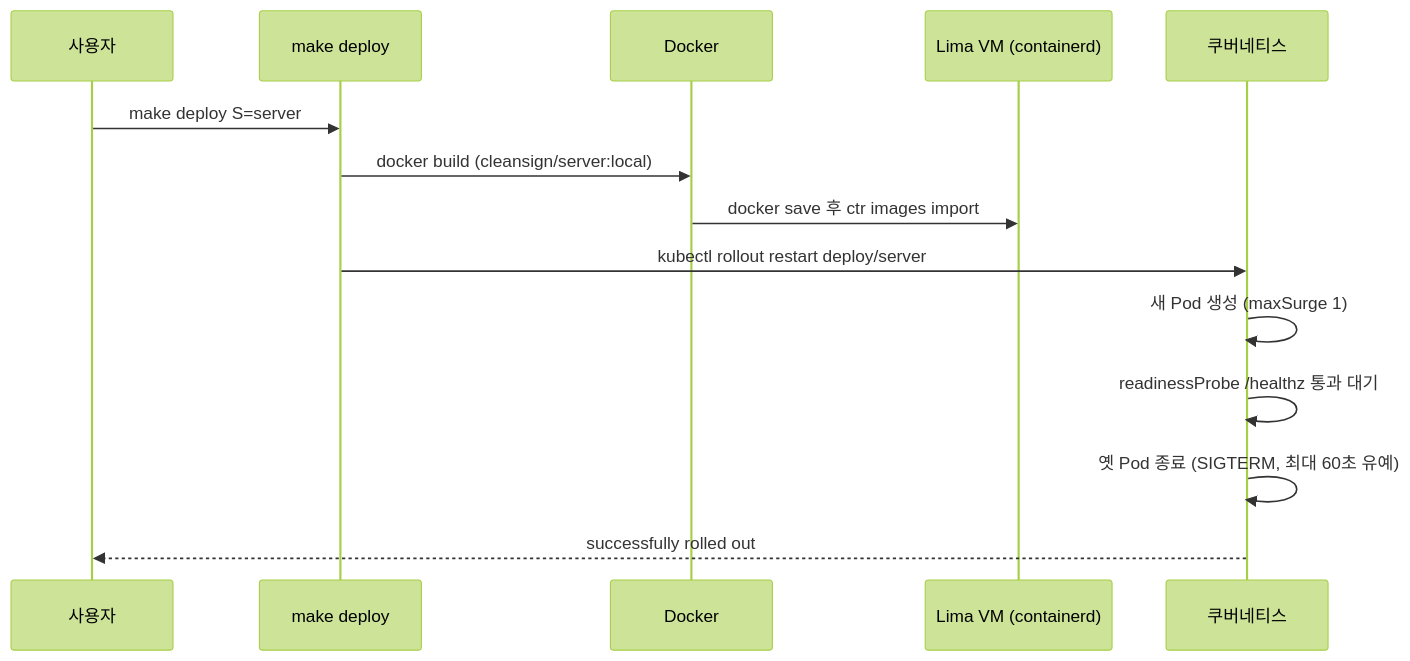
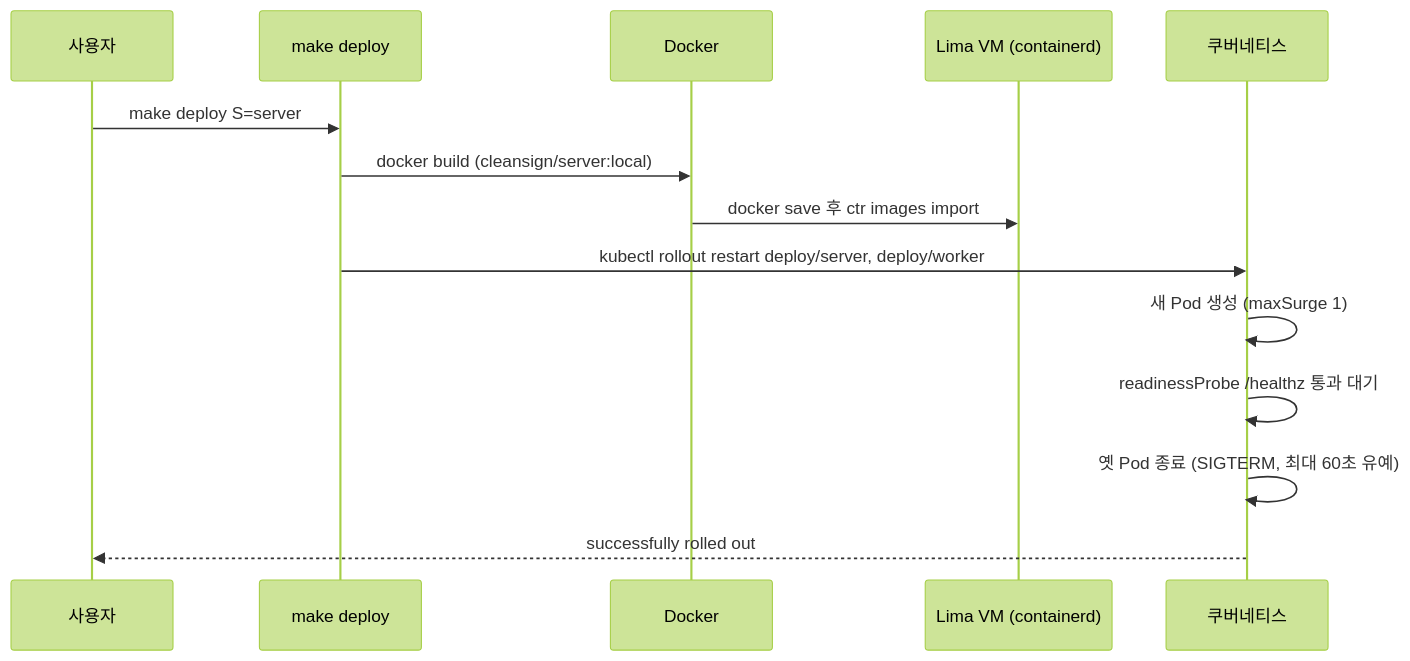
One commit to CleanSign/cleansign changed the second of 4 diagrams in deploy/ARCHITECTURE.md. Above: the diagram before and after it, drawn with Mermaid (forest theme). The commit also changed other lines of this file and 1 other file, not shown here.

First line of the commit message:
docs(deploy): describe the analysis queue and the worker

````diff
--- a/deploy/ARCHITECTURE.md
+++ b/deploy/ARCHITECTURE.md
@@ -46,16 +52,16 @@
 ```mermaid
 sequenceDiagram
     participant U as 사용자
     participant M as make deploy
     participant D as Docker
     participant V as Lima VM (containerd)
     participant K as 쿠버네티스
     U->>M: make deploy S=server
     M->>D: docker build (cleansign/server:local)
     D->>V: docker save 후 ctr images import
-    M->>K: kubectl rollout restart deploy/server
+    M->>K: kubectl rollout restart deploy/server, deploy/worker
     K->>K: 새 Pod 생성 (maxSurge 1)
     K->>K: readinessProbe /healthz 통과 대기
     K->>K: 옛 Pod 종료 (SIGTERM, 최대 60초 유예)
     K-->>U: successfully rolled out
 ```
````
